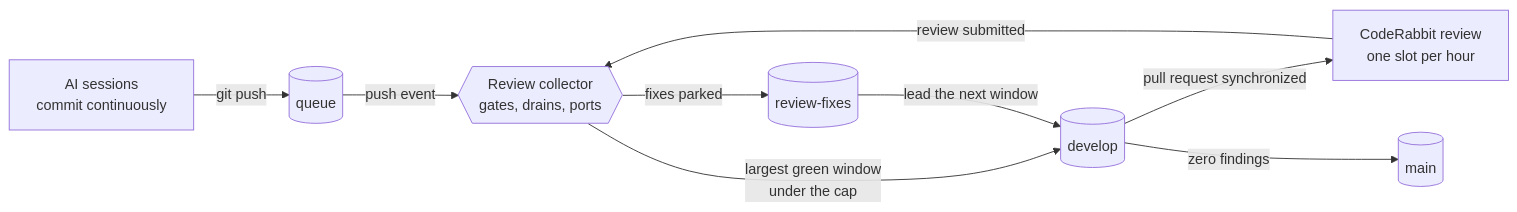
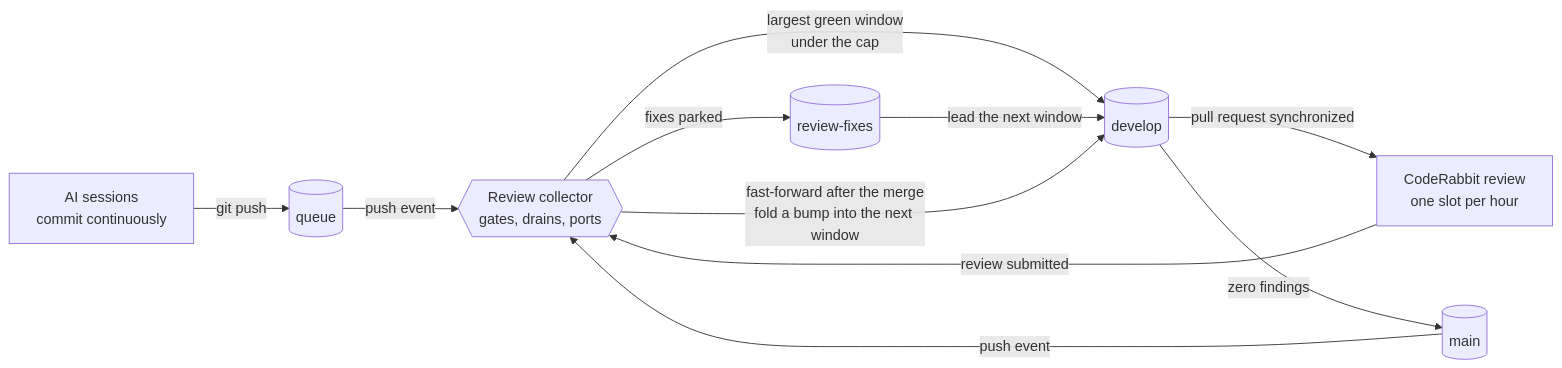
The diagram in README.md (Esposter/Esposter), drawn with Mermaid before and after one commit. The commit also changed other lines of this file and 9 other files, not shown here.

First line of the commit message:
feat(scripts): the return stroke — develop follows main by fast-forward after a release, and a bump on main rides the next window

````diff
--- a/README.md
+++ b/README.md
@@ -336,11 +337,13 @@
 ```mermaid
 flowchart LR
   S[AI sessions<br/>commit continuously] -->|git push| Q[(queue)]
   Q -->|push event| C{{Review collector<br/>gates, drains, ports}}
   C -->|largest green window<br/>under the cap| D[(develop)]
   D -->|pull request synchronized| R[CodeRabbit review<br/>one slot per hour]
   R -->|review submitted| C
   C -->|fixes parked| F[(review-fixes)]
   F -->|lead the next window| D
   D -->|zero findings| M[(main)]
+  M -->|push event| C
+  C -->|fast-forward after the merge<br/>fold a bump into the next window| D
 ```
````
